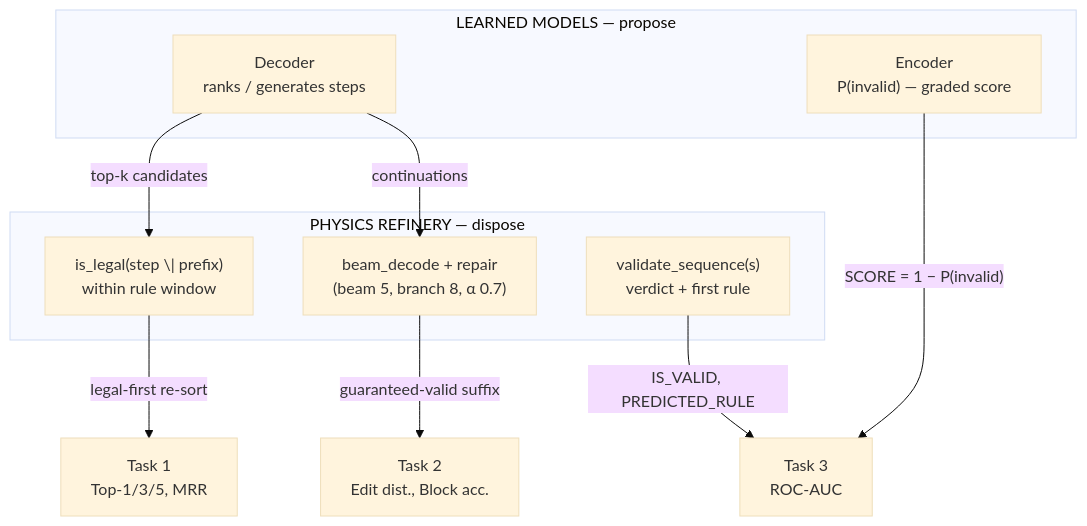
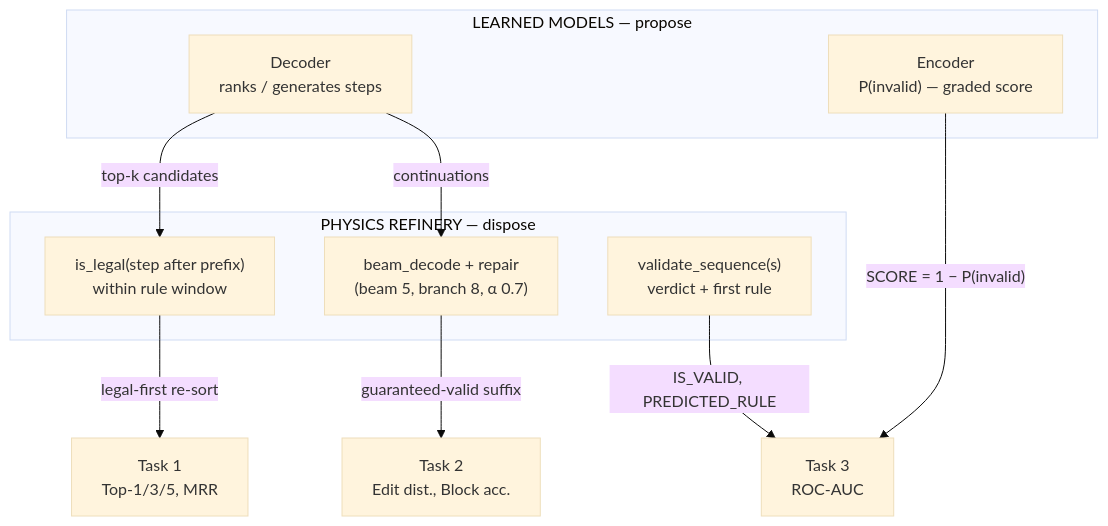
The fifth of 7 diagrams in tracks/industrial-infineon/solution/PROCSEQ_PAPER.md (thuber19/zero_one_hack_01), drawn with Mermaid (base theme) before and after one commit. The commit also changed other lines of this file, not shown here.

Commit message:
Refine flowchart annotations and improve clarity in PROCSEQ_PAPER.md

````diff
--- a/tracks/industrial-infineon/solution/PROCSEQ_PAPER.md
+++ b/tracks/industrial-infineon/solution/PROCSEQ_PAPER.md
@@ -484,18 +484,18 @@
 ```mermaid
 flowchart TB
     subgraph N["LEARNED MODELS — propose"]
         D["Decoder<br/>ranks / generates steps"]
         E["Encoder<br/>P(invalid) — graded score"]
     end
     subgraph P["PHYSICS REFINERY — dispose"]
-        L["is_legal(step \| prefix)<br/>within rule window"]
+        L["is_legal(step after prefix)<br/>within rule window"]
         B["beam_decode + repair<br/>(beam 5, branch 8, α 0.7)"]
         V["validate_sequence(s)<br/>verdict + first rule"]
     end
     D -->|"top-k candidates"| L
     L -->|"legal-first re-sort"| O1["Task 1<br/>Top-1/3/5, MRR"]
     D -->|"continuations"| B
     B -->|"guaranteed-valid suffix"| O2["Task 2<br/>Edit dist., Block acc."]
     E -->|"SCORE = 1 − P(invalid)"| O3["Task 3<br/>ROC-AUC"]
     V -->|"IS_VALID, PREDICTED_RULE"| O3
 ```
````
